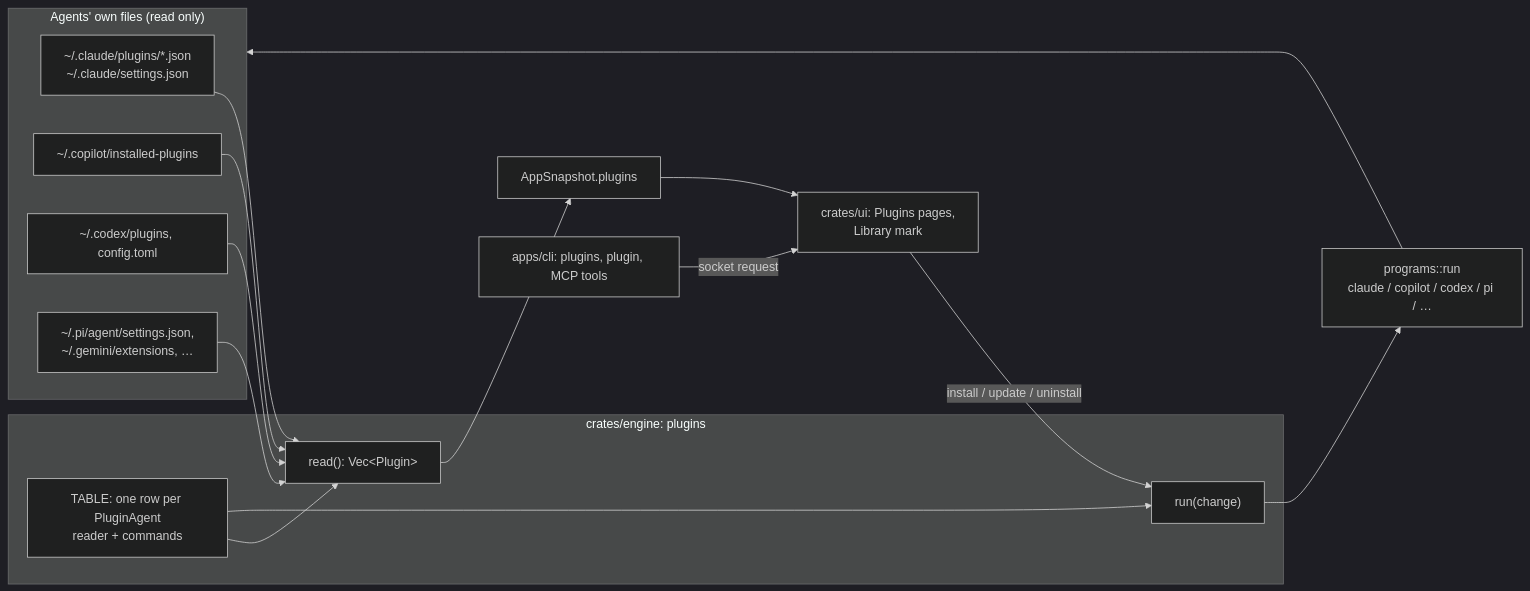
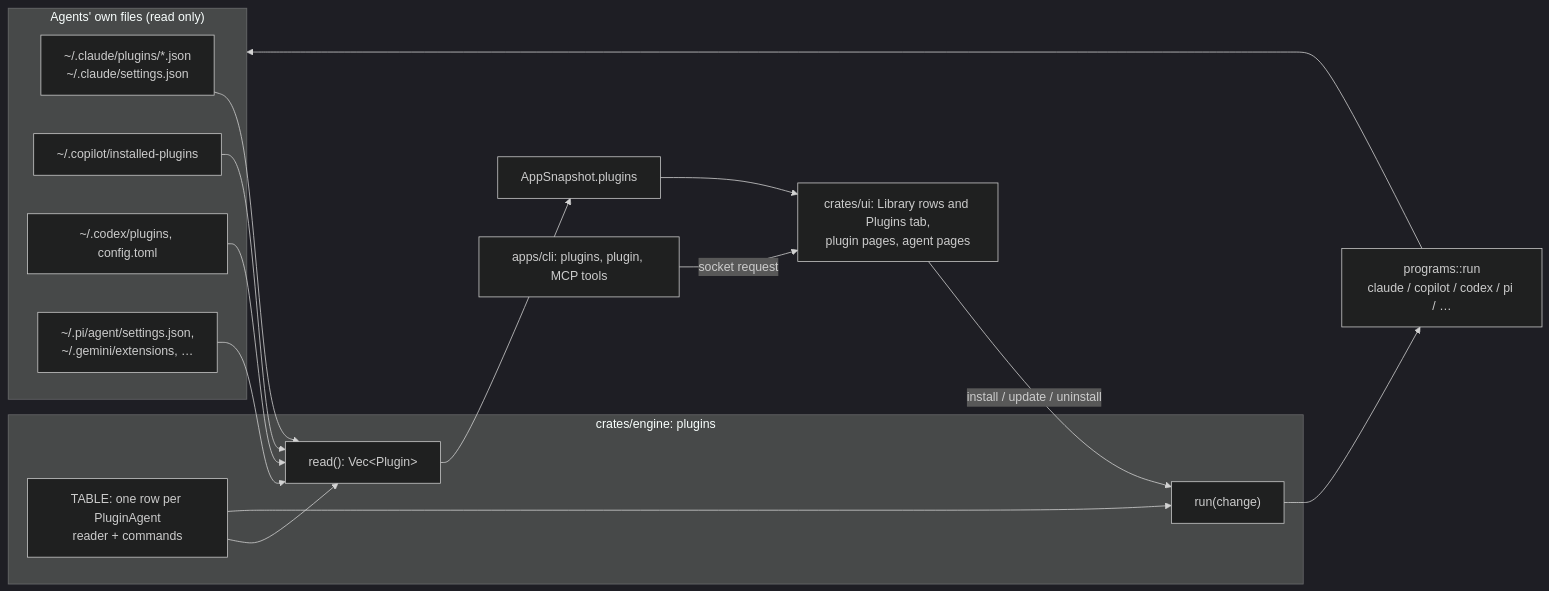
Before and after one commit to mastro993/SkillBinder: the diagram in docs/specs/plugins/design.md, drawn with Mermaid (dark theme). The commit also changed other lines of this file and 18 other files, not shown here.

First line of the commit message:
docs: plugin skills listed in Library, plugins managed from its Plugins tab (#293)

````diff
--- a/docs/specs/plugins/design.md
+++ b/docs/specs/plugins/design.md
@@ -9,24 +9,24 @@
 ```mermaid
 flowchart LR
   subgraph agents["Agents' own files (read only)"]
     C["~/.claude/plugins/*.json<br/>~/.claude/settings.json"]
     G["~/.copilot/installed-plugins"]
     X["~/.codex/plugins, config.toml"]
     O["~/.pi/agent/settings.json,<br/>~/.gemini/extensions, …"]
   end
   subgraph engine["crates/engine: plugins"]
     T["TABLE: one row per PluginAgent<br/>reader + commands"]
     R["read(): Vec&lt;Plugin&gt;"]
     K["run(change)"]
   end
   P["programs::run<br/>claude / copilot / codex / pi / …"]
   S["AppSnapshot.plugins"]
-  U["crates/ui: Plugins pages,<br/>Library mark"]
+  U["crates/ui: Library rows and Plugins tab,<br/>plugin pages, agent pages"]
   L["apps/cli: plugins, plugin, MCP tools"]
   C & G & X & O --> R
   T --> R & K
   K --> P --> agents
   R --> S --> U
   U -- "install / update / uninstall" --> K
   L -- "socket request" --> U
 ```
````
